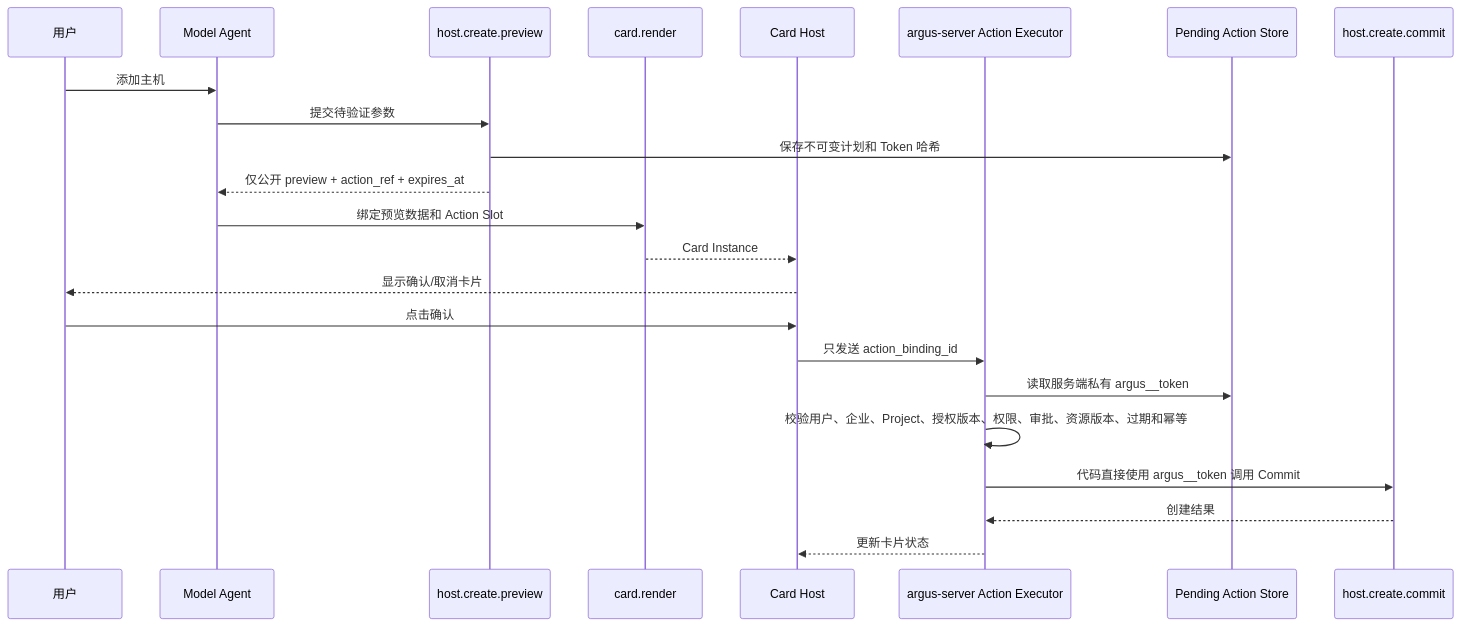
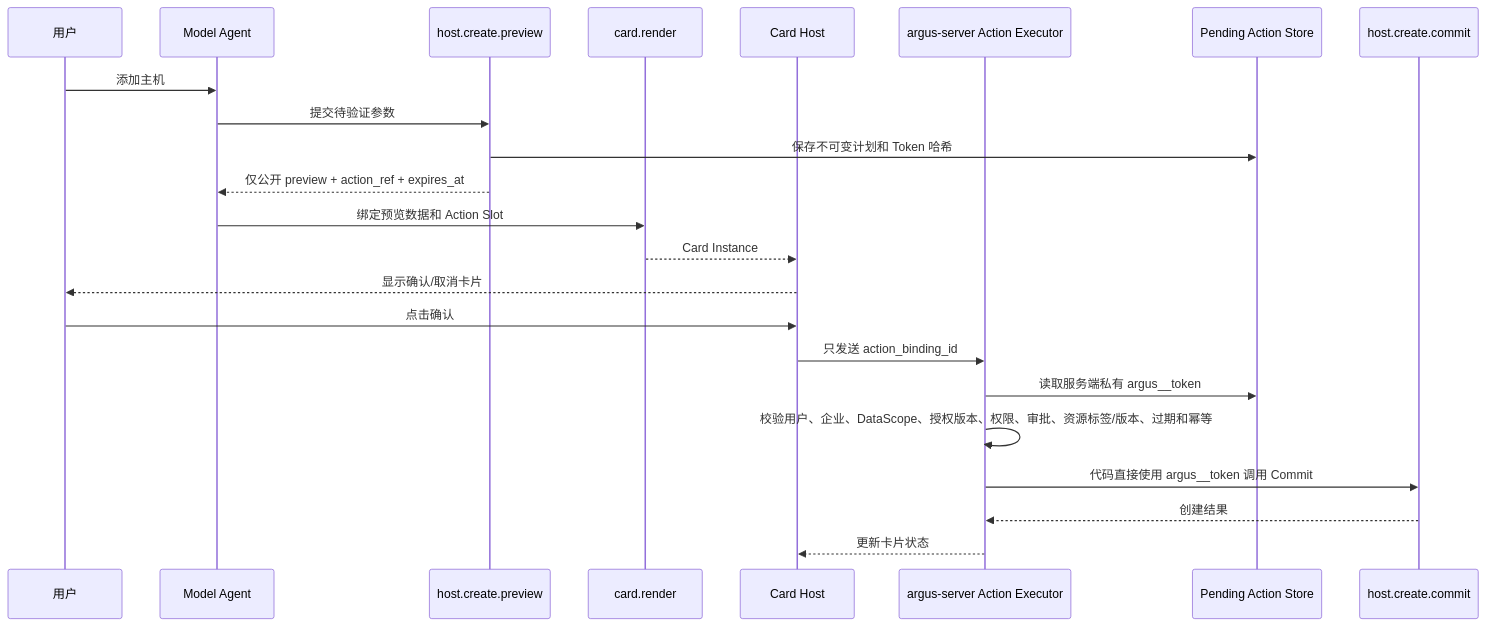
Before and after one commit to kakj-go/Argus: the first of 2 diagrams in docs/04-agent-mcp-and-action-workflow.md, drawn with Mermaid. The commit also changed other lines of this file and 26 other files, not shown here.

````diff
--- a/docs/04-agent-mcp-and-action-workflow.md
+++ b/docs/04-agent-mcp-and-action-workflow.md
@@ -174,26 +180,26 @@
 ```mermaid
 sequenceDiagram
     participant U as 用户
     participant A as Model Agent
     participant P as host.create.preview
     participant R as card.render
     participant H as Card Host
     participant E as argus-server Action Executor
     participant S as Pending Action Store
     participant C as host.create.commit
 
     U->>A: 添加主机
     A->>P: 提交待验证参数
     P->>S: 保存不可变计划和 Token 哈希
     P-->>A: 仅公开 preview + action_ref + expires_at
     A->>R: 绑定预览数据和 Action Slot
     R-->>H: Card Instance
     H-->>U: 显示确认/取消卡片
     U->>H: 点击确认
     H->>E: 只发送 action_binding_id
     E->>S: 读取服务端私有 argus__token
-    E->>E: 校验用户、企业、Project、授权版本、权限、审批、资源版本、过期和幂等
+    E->>E: 校验用户、企业、DataScope、授权版本、权限、审批、资源标签/版本、过期和幂等
     E->>C: 代码直接使用 argus__token 调用 Commit
     C-->>E: 创建结果
     E-->>H: 更新卡片状态
 ```
````
